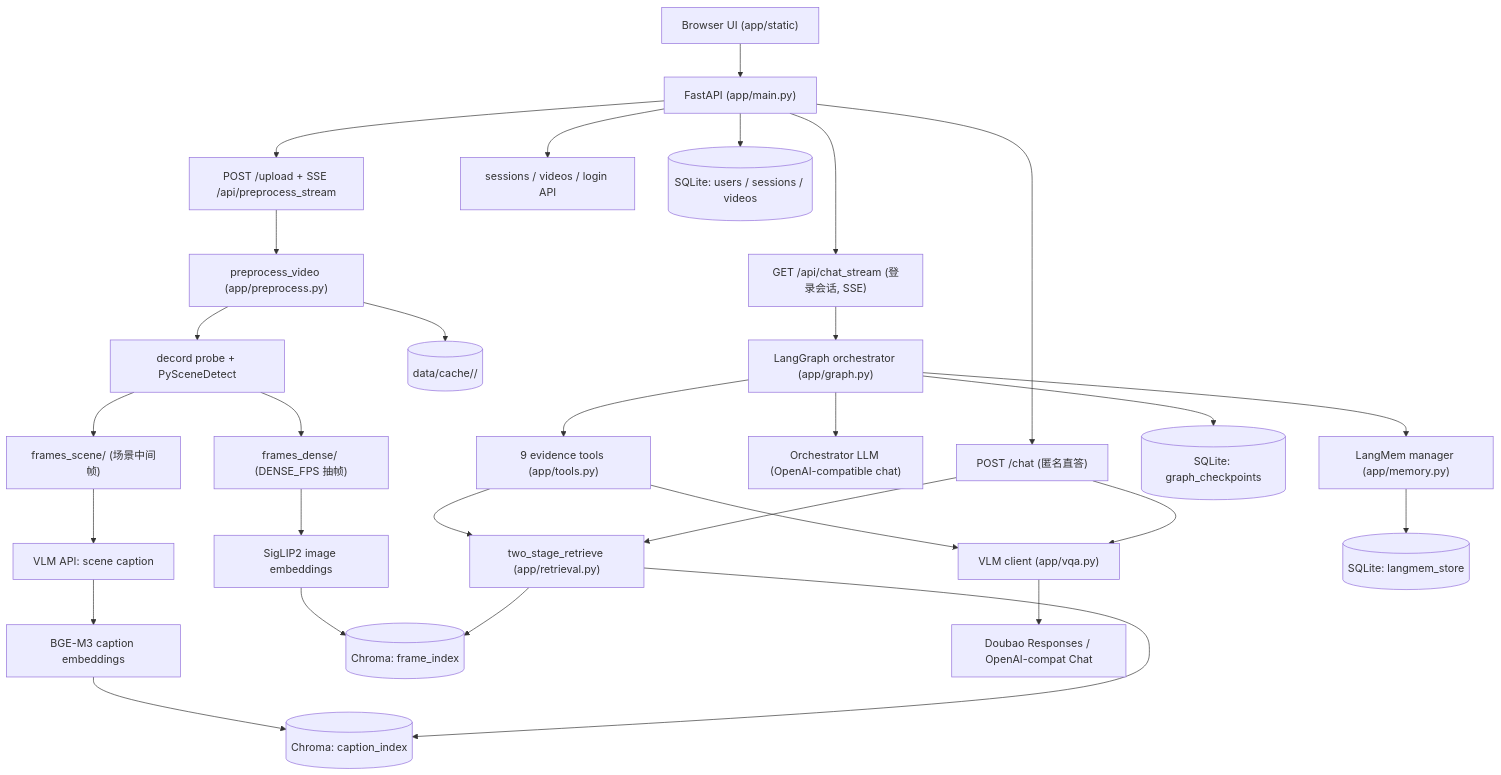
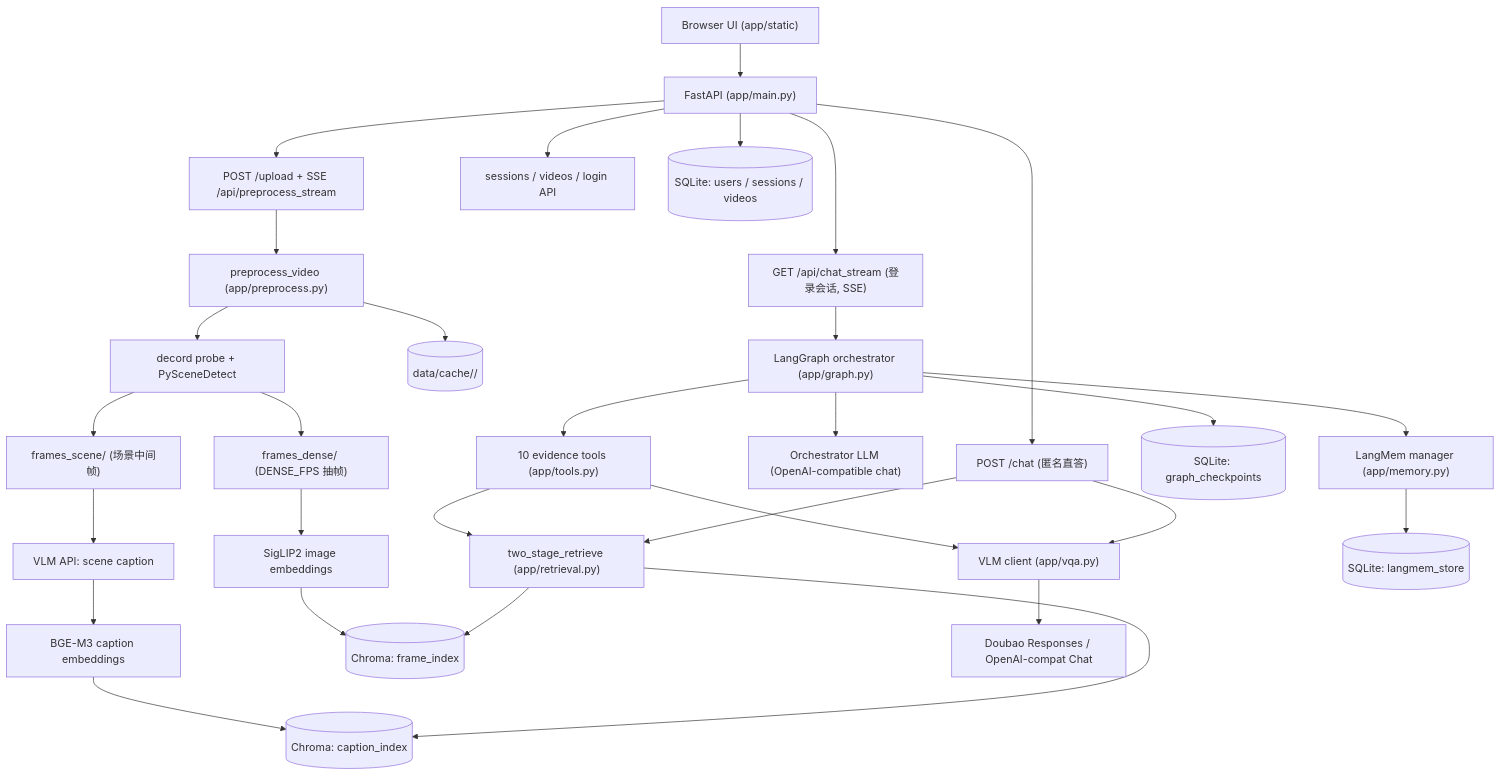
Before and after one commit to MichaelSou1/reading-not-reasoning: the first of 5 diagrams in README.md, drawn with Mermaid. The commit also changed other lines of this file and 3 other files, not shown here.

````diff
--- a/README.md
+++ b/README.md
@@ -45,34 +50,34 @@
 ```mermaid
 flowchart TB
     UI["Browser UI (app/static)"] --> API["FastAPI (app/main.py)"]
     API --> UPLOAD["POST /upload + SSE /api/preprocess_stream"]
     API --> CHAT_STREAM["GET /api/chat_stream (登录会话, SSE)"]
     API --> CHAT_DIRECT["POST /chat (匿名直答)"]
     API --> SESSION["sessions / videos / login API"]
     API --> DB[("SQLite: users / sessions / videos")]
 
     UPLOAD --> PRE["preprocess_video (app/preprocess.py)"]
     PRE --> PROBE["decord probe + PySceneDetect"]
     PROBE --> SCENE_FRAMES["frames_scene/ (场景中间帧)"]
     PROBE --> DENSE_FRAMES["frames_dense/ (DENSE_FPS 抽帧)"]
     SCENE_FRAMES --> CAPTION["VLM API: scene caption"]
     CAPTION --> BGE_BUILD["BGE-M3 caption embeddings"]
     DENSE_FRAMES --> SIG_BUILD["SigLIP2 image embeddings"]
     BGE_BUILD --> CIDX[("Chroma: caption_index")]
     SIG_BUILD --> FIDX[("Chroma: frame_index")]
     PRE --> CACHE[("data/cache/<video_id>/")]
 
     CHAT_STREAM --> GRAPH["LangGraph orchestrator (app/graph.py)"]
     GRAPH --> ORCH_LLM["Orchestrator LLM (OpenAI-compatible chat)"]
-    GRAPH --> TOOLS["9 evidence tools (app/tools.py)"]
+    GRAPH --> TOOLS["10 evidence tools (app/tools.py)"]
     TOOLS --> RET["two_stage_retrieve (app/retrieval.py)"]
     RET --> CIDX
     RET --> FIDX
     TOOLS --> VQA["VLM client (app/vqa.py)"]
     VQA --> REMOTE["Doubao Responses / OpenAI-compat Chat"]
     GRAPH --> CKPT[("SQLite: graph_checkpoints")]
     GRAPH --> MEM["LangMem manager (app/memory.py)"]
     MEM --> LM[("SQLite: langmem_store")]
     CHAT_DIRECT --> RET
     CHAT_DIRECT --> VQA
 ```
````
